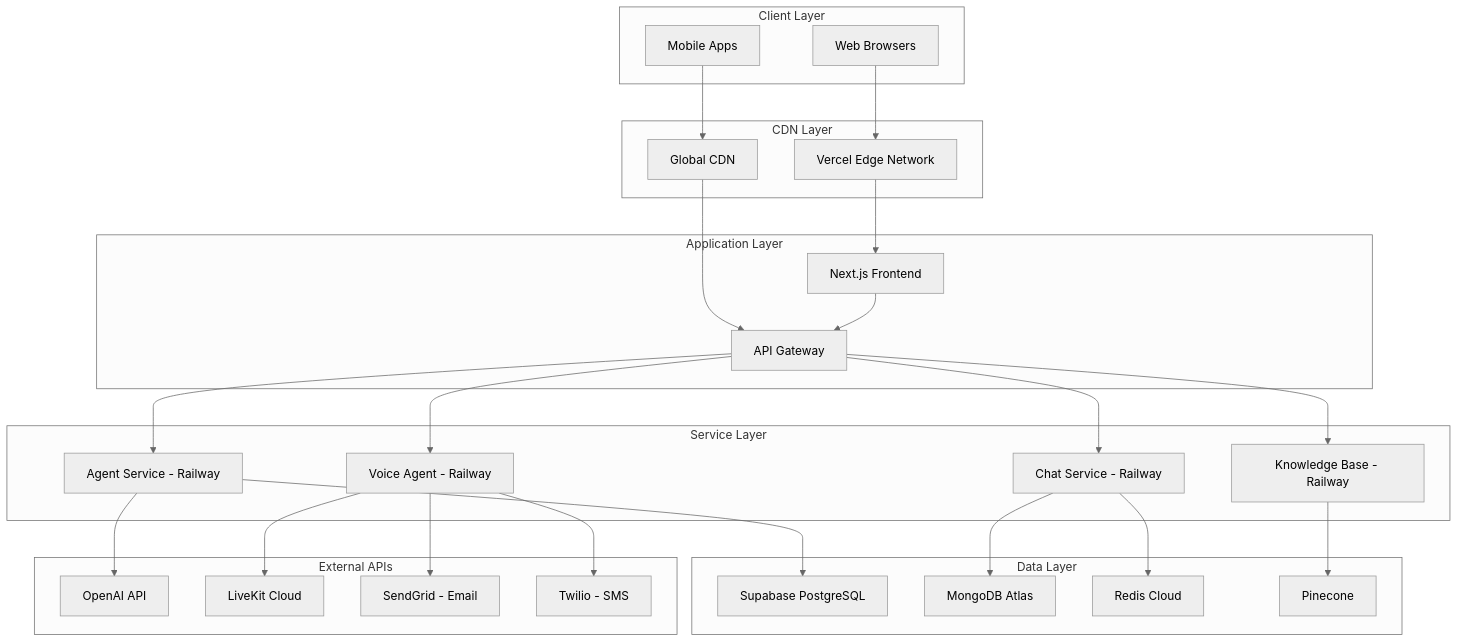
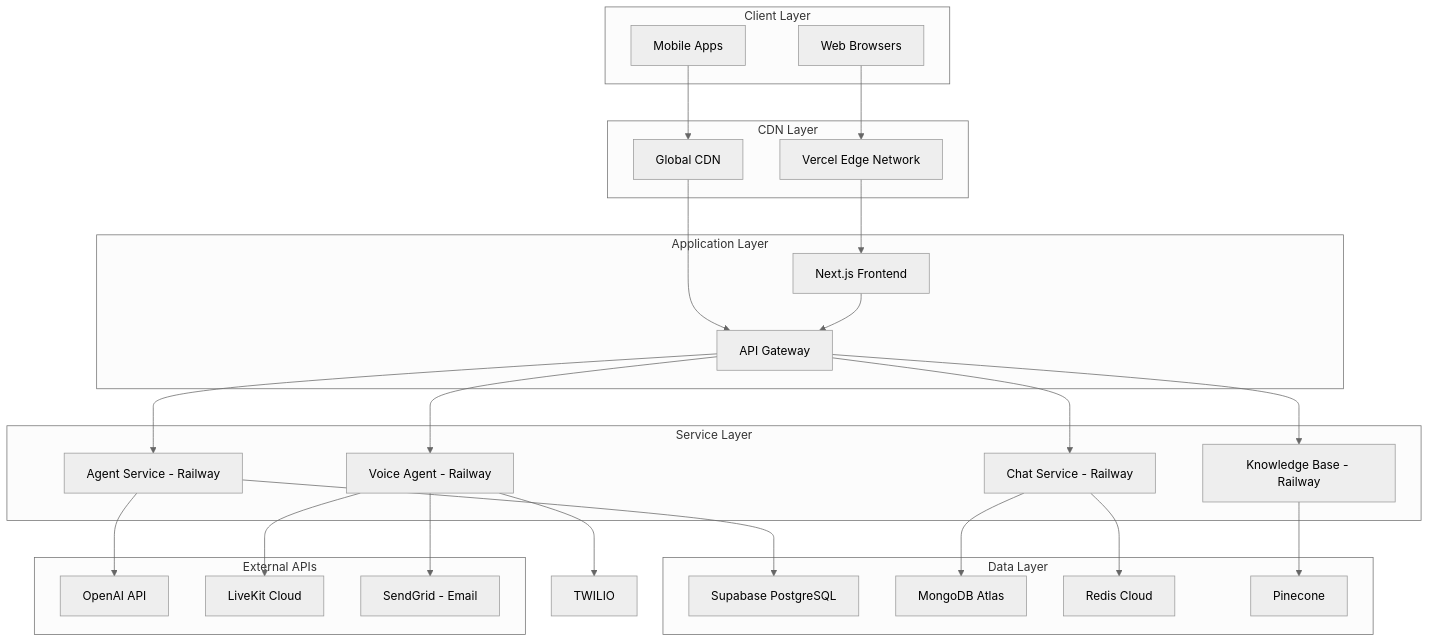
The seventh of 9 diagrams in docs/ARCHITECTURE.md (StephaneWamba/Syntera), drawn with Mermaid (neutral theme) before and after one commit. The commit also changed other lines of this file and 12 other files, not shown here.

````diff
--- a/docs/ARCHITECTURE.md
+++ b/docs/ARCHITECTURE.md
@@ -411,59 +411,58 @@
 ```mermaid
 graph TB
     subgraph "Client Layer"
         WEB[Web Browsers]
         MOBILE[Mobile Apps]
     end
 
     subgraph "CDN Layer"
         VERCEL[Vercel Edge Network]
         CDN[Global CDN]
     end
 
     subgraph "Application Layer"
         FRONTEND[Next.js Frontend]
         GATEWAY[API Gateway]
     end
 
     subgraph "Service Layer"
         AGENT[Agent Service - Railway]
         CHAT[Chat Service - Railway]
         KNOWLEDGE[Knowledge Base - Railway]
         VOICE[Voice Agent - Railway]
     end
 
     subgraph "Data Layer"
         SUPABASE[Supabase PostgreSQL]
         MONGODB[MongoDB Atlas]
         REDIS[Redis Cloud]
         PINECONE[Pinecone]
     end
 
     subgraph "External APIs"
         OPENAI[OpenAI API]
         LIVEKIT[LiveKit Cloud]
         SENDGRID[SendGrid - Email]
-        TWILIO[Twilio - SMS]
     end
 
     WEB --> VERCEL
     MOBILE --> CDN
 
     VERCEL --> FRONTEND
     CDN --> GATEWAY
 
     FRONTEND --> GATEWAY
     GATEWAY --> AGENT
     GATEWAY --> CHAT
     GATEWAY --> KNOWLEDGE
     GATEWAY --> VOICE
 
     AGENT --> SUPABASE
     AGENT --> OPENAI
     CHAT --> MONGODB
     CHAT --> REDIS
     KNOWLEDGE --> PINECONE
     VOICE --> LIVEKIT
     VOICE --> SENDGRID
     VOICE --> TWILIO
 ```
````
